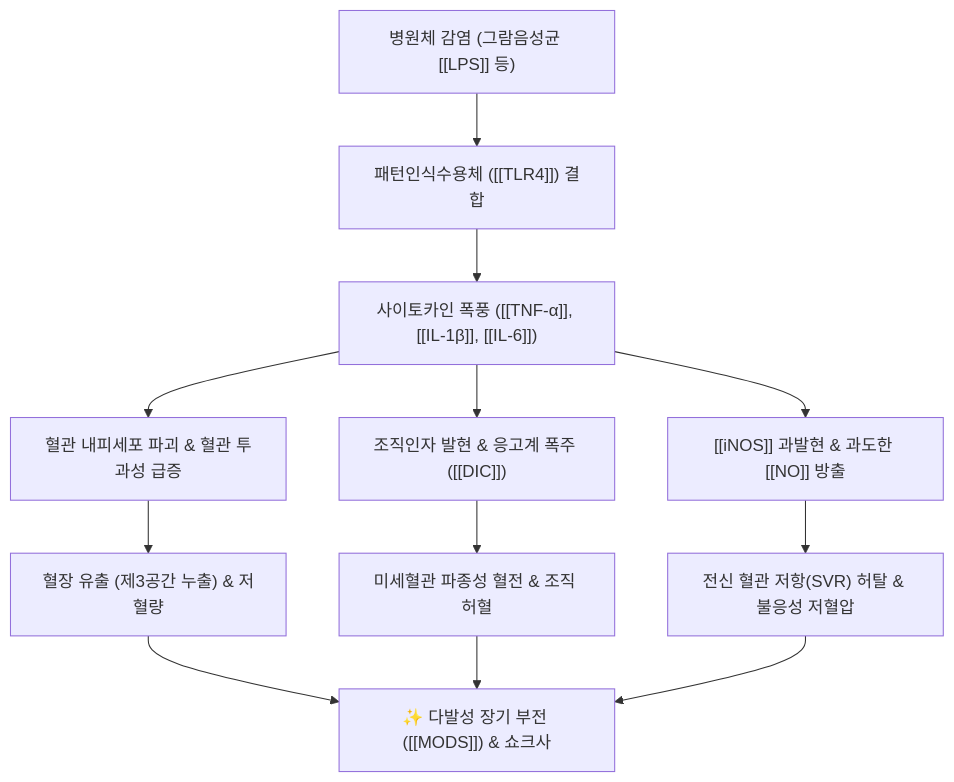
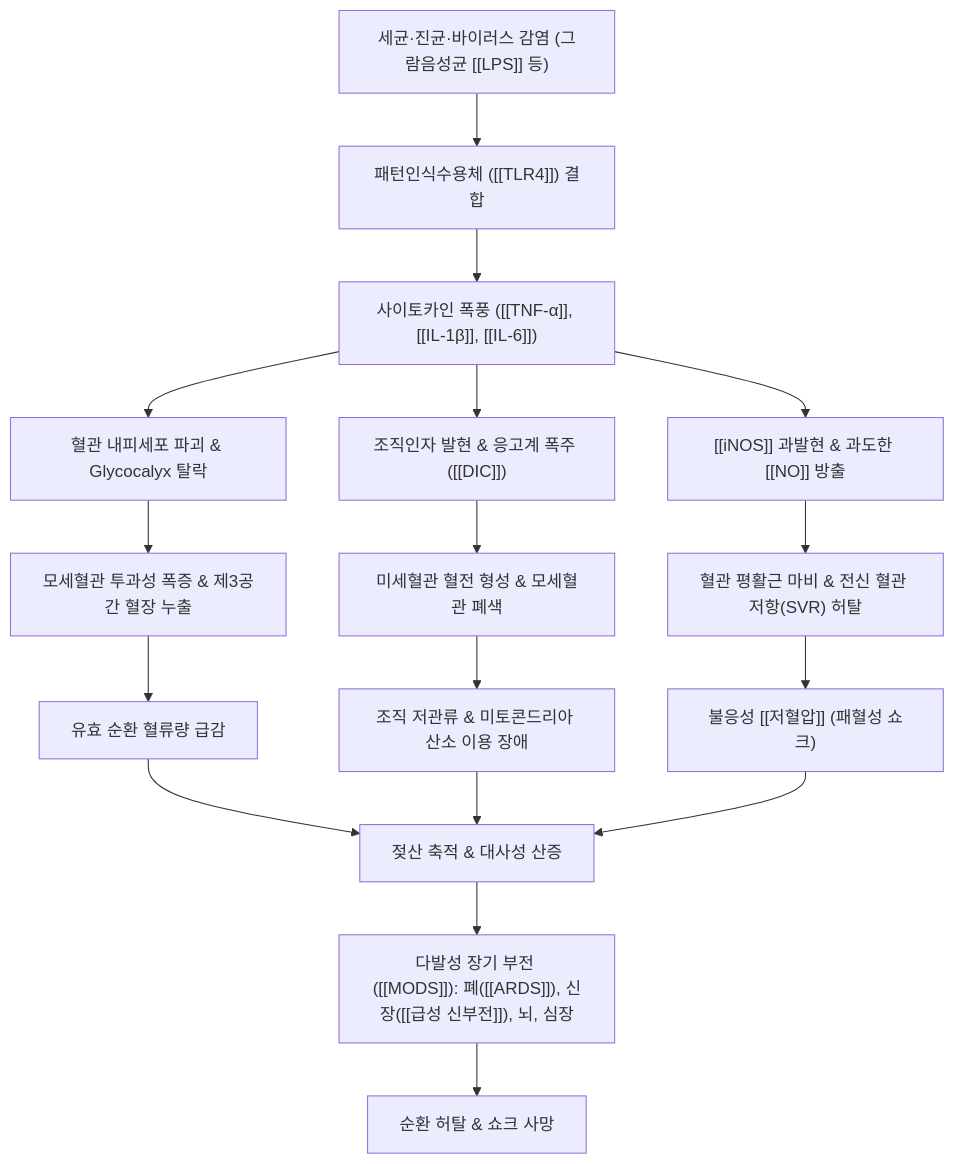
The first of 2 diagrams in content/3. 이론 공부/질환/순환기 질환/패혈증.md (simbio11/simbio-digital-garden2), drawn with Mermaid before and after one commit. The commit also changed other lines of this file and 958 other files, not shown here.

````diff
--- a/content/3. 이론 공부/질환/순환기 질환/패혈증.md
+++ b/content/3. 이론 공부/질환/순환기 질환/패혈증.md
@@ -51,15 +94,21 @@
 ```mermaid
 graph TD
-    Infection["병원체 감염 (그람음성균 [[LPS]] 등)"] --> TLR["패턴인식수용체 ([[TLR4]]) 결합"]
-    TLR --> Cytokine["사이토카인 폭풍 ([[TNF-α]], [[IL-1β]], [[IL-6]])"]
+    Pathogen["세균·진균·바이러스 감염 (그람음성균 [[LPS]] 등)"] --> TLR["패턴인식수용체 ([[TLR4]]) 결합"]
+    TLR --> Cytokines["사이토카인 폭풍 ([[TNF-α]], [[IL-1β]], [[IL-6]])"]
     
-    Cytokine --> Endothelial["혈관 내피세포 파괴 & 혈관 투과성 급증"]
-    Cytokine --> Coag["조직인자 발현 & 응고계 폭주 ([[DIC]])"]
-    Cytokine --> iNOS["[[iNOS]] 과발현 & 과도한 [[NO]] 방출"]
+    Cytokines --> Endothelial["혈관 내피세포 파괴 & Glycocalyx 탈락"]
+    Cytokines --> Coagulation["조직인자 발현 & 응고계 폭주 ([[DIC]])"]
+    Cytokines --> iNOS["[[iNOS]] 과발현 & 과도한 [[NO]] 방출"]
 
-    Endothelial --> ThirdSpace["혈장 유출 (제3공간 누출) & 저혈량"]
-    Coag --> Microthrombi["미세혈관 파종성 혈전 & 조직 허혈"]
-    iNOS --> Vasodilat["전신 혈관 저항(SVR) 허탈 & 불응성 저혈압"]
+    Endothelial --> CapLeak["모세혈관 투과성 폭증 & 제3공간 혈장 누출"]
+    Coagulation --> Thrombi["미세혈관 혈전 형성 & 모세혈관 폐색"]
+    iNOS --> Vasodilation["혈관 평활근 마비 & 전신 혈관 저항(SVR) 허탈"]
 
-    ThirdSpace & Microthrombi & Vasodilat --> MODS["✨ 다발성 장기 부전 ([[MODS]]) & 쇼크사"]
+    CapLeak --> Hypovolemia["유효 순환 혈류량 급감"]
+    Thrombi --> Ischemia["조직 저관류 & 미토콘드리아 산소 이용 장애"]
+    Vasodilation --> Shock["불응성 [[저혈압]] (패혈성 쇼크)"]
+
+    Hypovolemia & Ischemia & Shock --> LacticAcid["젖산 축적 & 대사성 산증"]
+    LacticAcid --> MODS["다발성 장기 부전 ([[MODS]]): 폐([[ARDS]]), 신장([[급성 신부전]]), 뇌, 심장"]
+    MODS --> Death["순환 허탈 & 쇼크 사망"]
 ```
````
